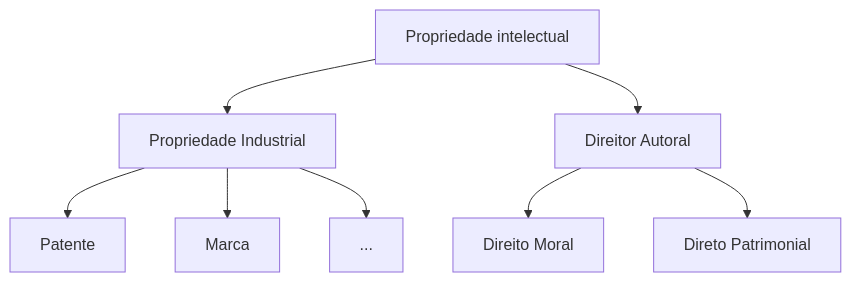
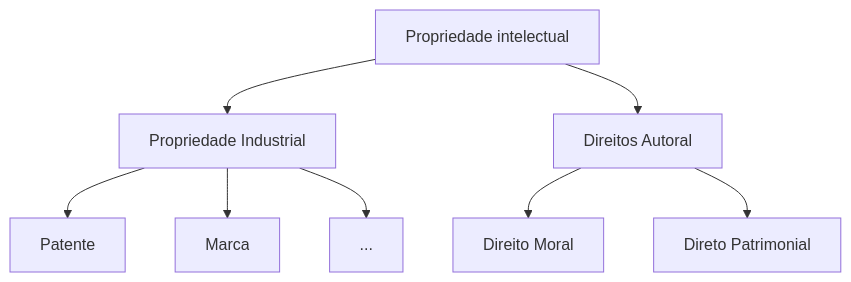
One commit to lasarojc/lasarojc.github.io changed the diagram in docs/teaching/gsi009/index.md. Above: the diagram before and after it, drawn with Mermaid. The commit also changed other lines of this file and 1 other file, not shown here.

````diff
--- a/docs/teaching/gsi009/index.md
+++ b/docs/teaching/gsi009/index.md
@@ -777,8 +765,8 @@
 ```mermaid
 graph TD
     A[Propriedade intelectual] --> B[Propriedade Industrial] --> E1[Patente]
                                        B --> E2[Marca]
                                    B --> E3[...]
-     A[Propriedade intelectual] --> D[Direitor Autoral] --> E4[Direito Moral]
+     A[Propriedade intelectual] --> D[Direitos Autoral] --> E4[Direito Moral]
                                    D --> E5[Direto Patrimonial]
 ```
````
